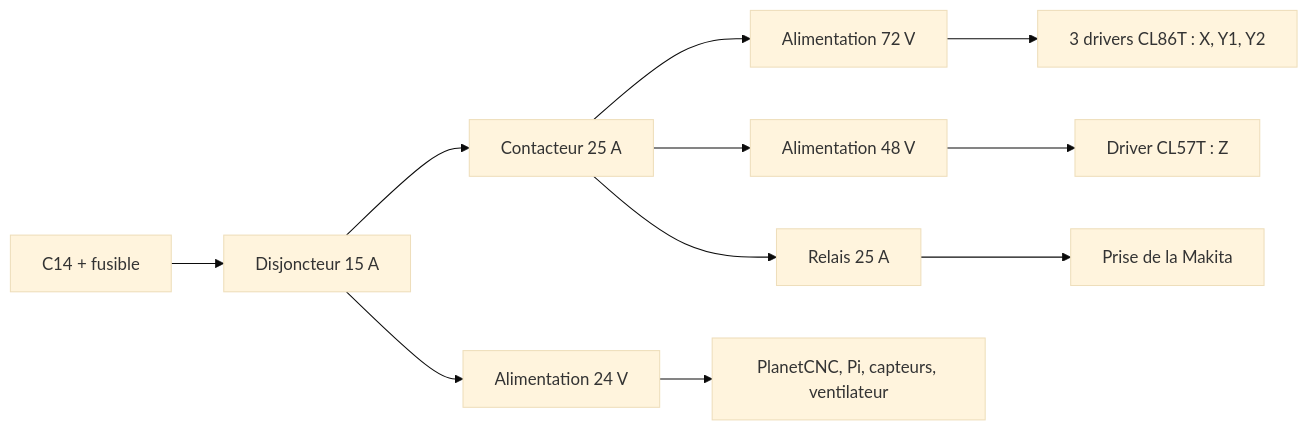
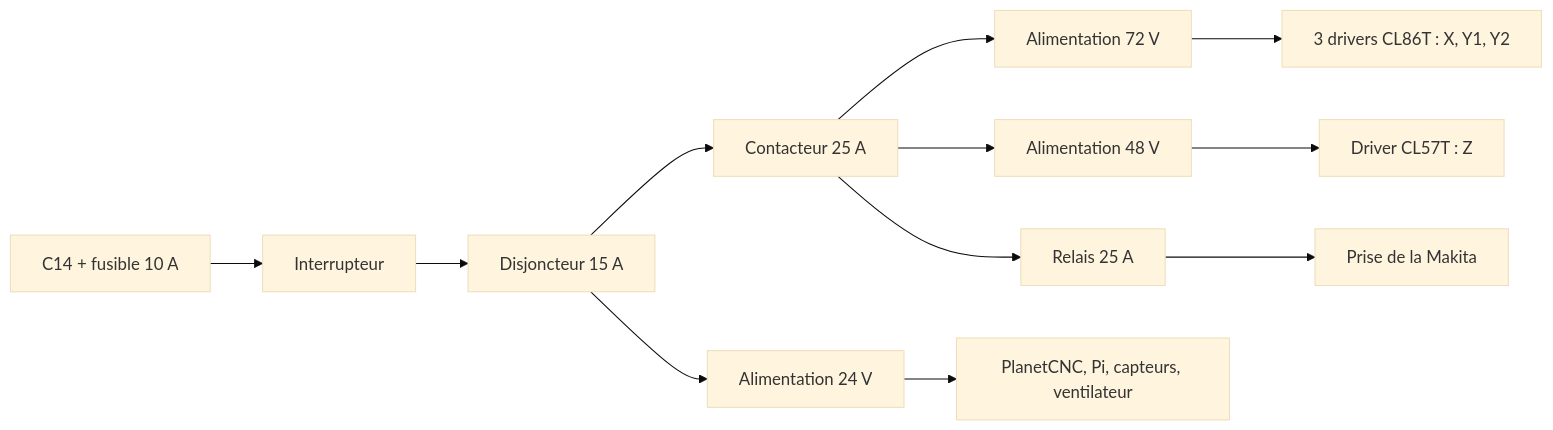
The diagram in docs/plan-cablage.md (wprod/fab-diy), drawn with Mermaid (base theme) before and after one commit. The commit also changed other lines of this file and 4 other files, not shown here.

````diff
--- a/docs/plan-cablage.md
+++ b/docs/plan-cablage.md
@@ -106,13 +106,13 @@
 ```mermaid
 flowchart LR
-  C14[C14 + fusible] --> DJ[Disjoncteur 15 A]
+  C14[C14 + fusible 10 A] --> SW[Interrupteur] --> DJ[Disjoncteur 15 A]
   DJ --> A24[Alimentation 24 V]
   DJ --> K[Contacteur 25 A]
   K --> A72[Alimentation 72 V]
   K --> A48[Alimentation 48 V]
   K --> R[Relais 25 A]
   R --> M[Prise de la Makita]
   A24 --> CTRL[PlanetCNC, Pi, capteurs, ventilateur]
   A72 --> D86[3 drivers CL86T : X, Y1, Y2]
   A48 --> D57[Driver CL57T : Z]
 ```
````
